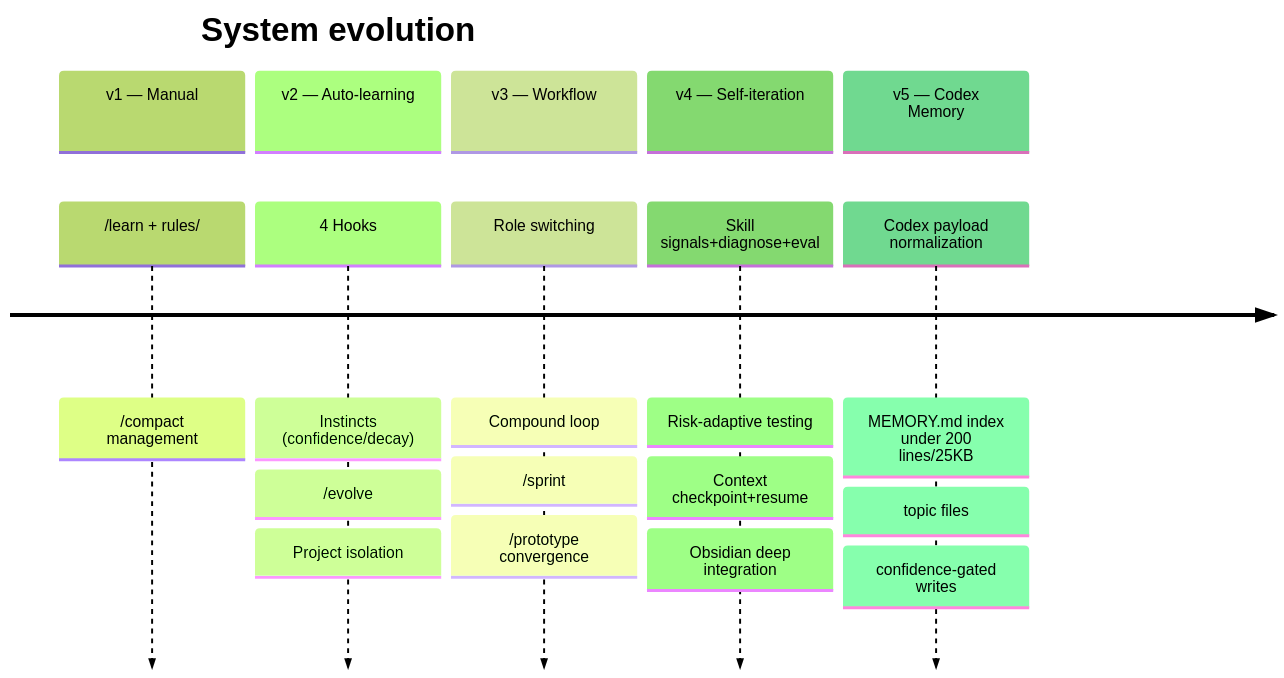
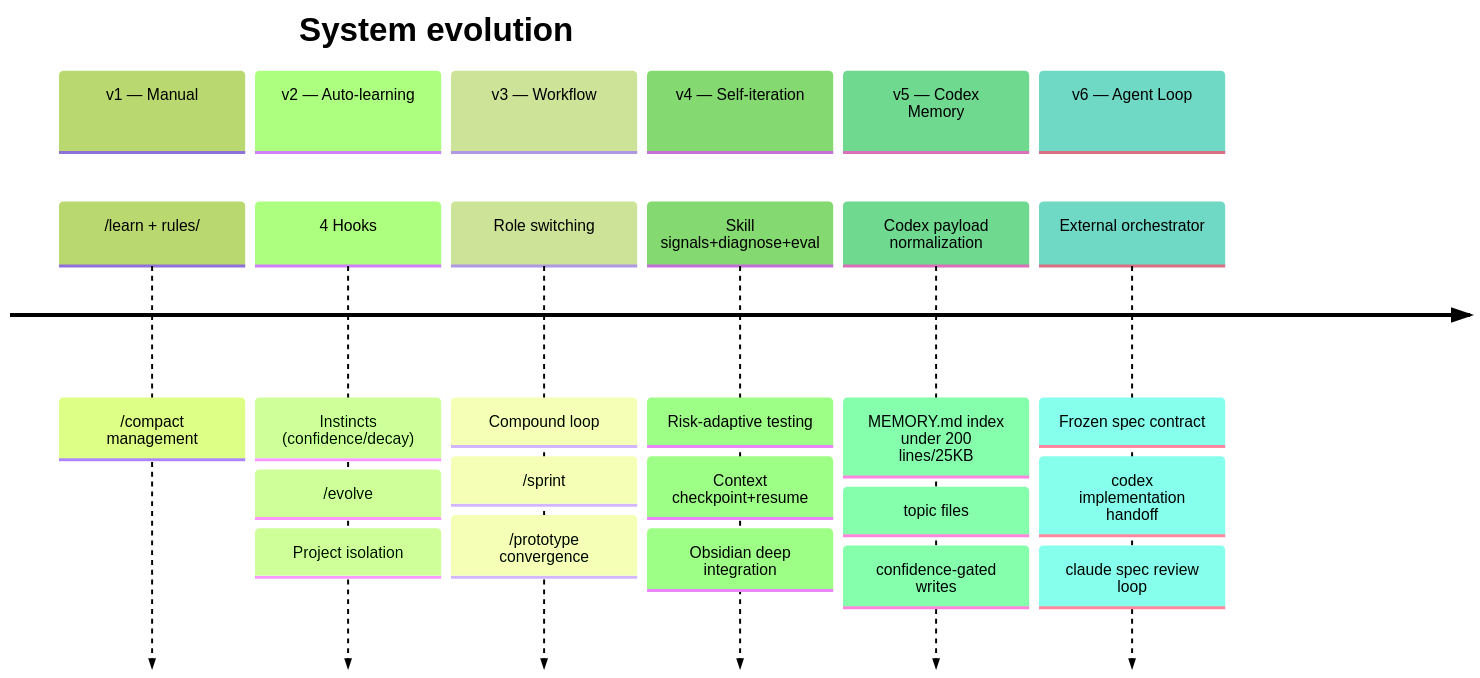
Before and after one commit to songuu/tech-persistence: the sixth of 6 diagrams in README.md, drawn with Mermaid (forest theme). The commit also changed other lines of this file and 44 other files, not shown here.

First line of the commit message:
feat: implement Agent Loop v6 with external orchestrator for multi-agent coordination

````diff
--- a/README.md
+++ b/README.md
@@ -506,14 +528,16 @@
 ```mermaid
 timeline
     title System evolution
     section v1 — Manual
       /learn + rules/ : /compact management
     section v2 — Auto-learning
       4 Hooks : Instincts (confidence/decay) : /evolve : Project isolation
     section v3 — Workflow
       Role switching : Compound loop : /sprint : /prototype convergence
     section v4 — Self-iteration
       Skill signals+diagnose+eval : Risk-adaptive testing : Context checkpoint+resume : Obsidian deep integration
     section v5 — Codex Memory
       Codex payload normalization : MEMORY.md index under 200 lines/25KB : topic files : confidence-gated writes
+    section v6 — Agent Loop
+      External orchestrator : Frozen spec contract : codex implementation handoff : claude spec review loop
 ```
````
